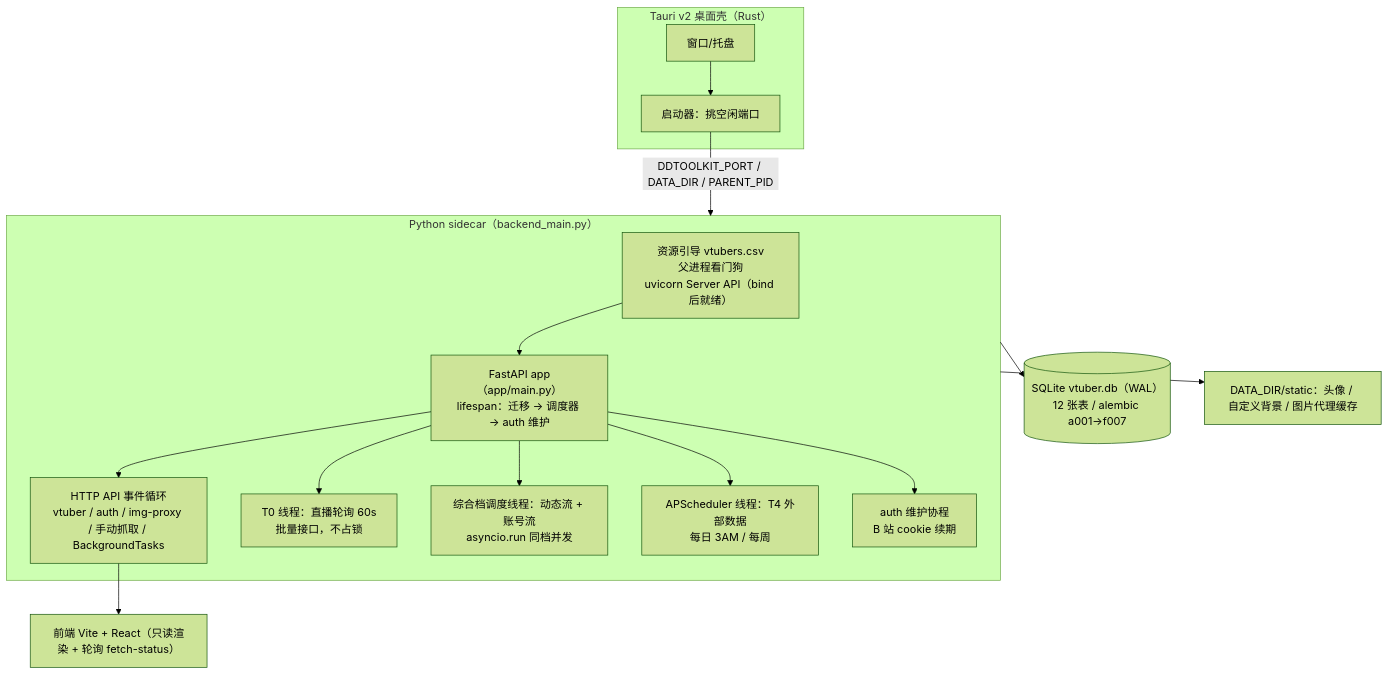
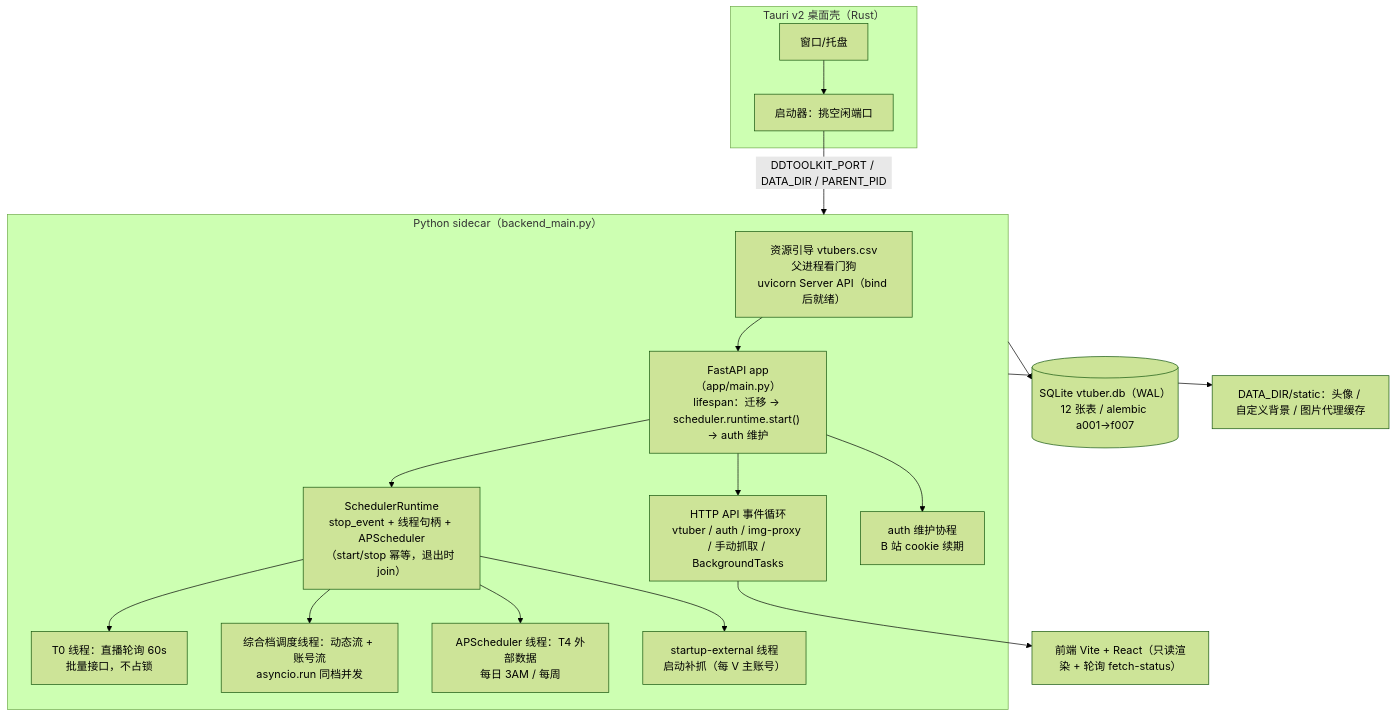
The first of 8 diagrams in docs/ARCHITECTURE.md (Mrslippe/DDToolkit), drawn with Mermaid (forest theme) before and after one commit. The commit also changed other lines of this file and 11 other files, not shown here.

First line of the commit message:
﻿feat(调度): 调度生命周期可停止 —— SchedulerRuntime 统一起停（批次 6，devlog/211）

````diff
--- a/docs/ARCHITECTURE.md
+++ b/docs/ARCHITECTURE.md
@@ -23,21 +23,24 @@
 ```mermaid
 flowchart TB
   subgraph Shell["Tauri v2 桌面壳（Rust）"]
     W[窗口/托盘] --> L[启动器：挑空闲端口]
   end
   L -->|"DDTOOLKIT_PORT / DATA_DIR / PARENT_PID"| S
 
   subgraph S["Python sidecar（backend_main.py）"]
     BM["资源引导 vtubers.csv<br/>父进程看门狗<br/>uvicorn Server API（bind 后就绪）"]
-    BM --> APP["FastAPI app（app/main.py）<br/>lifespan：迁移 → 调度器 → auth 维护"]
+    BM --> APP["FastAPI app（app/main.py）<br/>lifespan：迁移 → scheduler.runtime.start() → auth 维护"]
     APP --> HTTP["HTTP API 事件循环<br/>vtuber / auth / img-proxy / 手动抓取 / BackgroundTasks"]
-    APP --> T0["T0 线程：直播轮询 60s<br/>批量接口，不占锁"]
-    APP --> TIER["综合档调度线程：动态流 + 账号流<br/>asyncio.run 同档并发"]
-    APP --> APS["APScheduler 线程：T4 外部数据<br/>每日 3AM / 每周"]
+    RT["SchedulerRuntime<br/>stop_event + 线程句柄 + APScheduler<br/>（start/stop 幂等，退出时 join）"]
+    APP --> RT
+    RT --> T0["T0 线程：直播轮询 60s<br/>批量接口，不占锁"]
+    RT --> TIER["综合档调度线程：动态流 + 账号流<br/>asyncio.run 同档并发"]
+    RT --> APS["APScheduler 线程：T4 外部数据<br/>每日 3AM / 每周"]
+    RT --> EXT["startup-external 线程<br/>启动补抓（每 V 主账号）"]
     APP --> AUTH["auth 维护协程<br/>B 站 cookie 续期"]
   end
 
   S --> DB[("SQLite vtuber.db（WAL）<br/>12 张表 / alembic a001→f007")]
   S --> FS["DATA_DIR/static：头像 / 自定义背景 / 图片代理缓存"]
   HTTP --> UI["前端 Vite + React（只读渲染 + 轮询 fetch-status）"]
 ```
````
